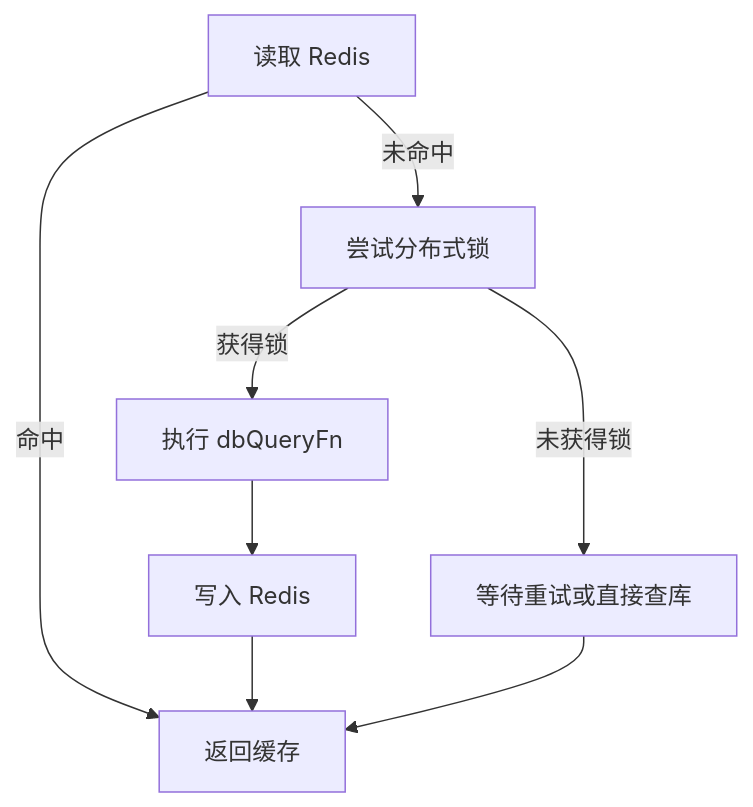
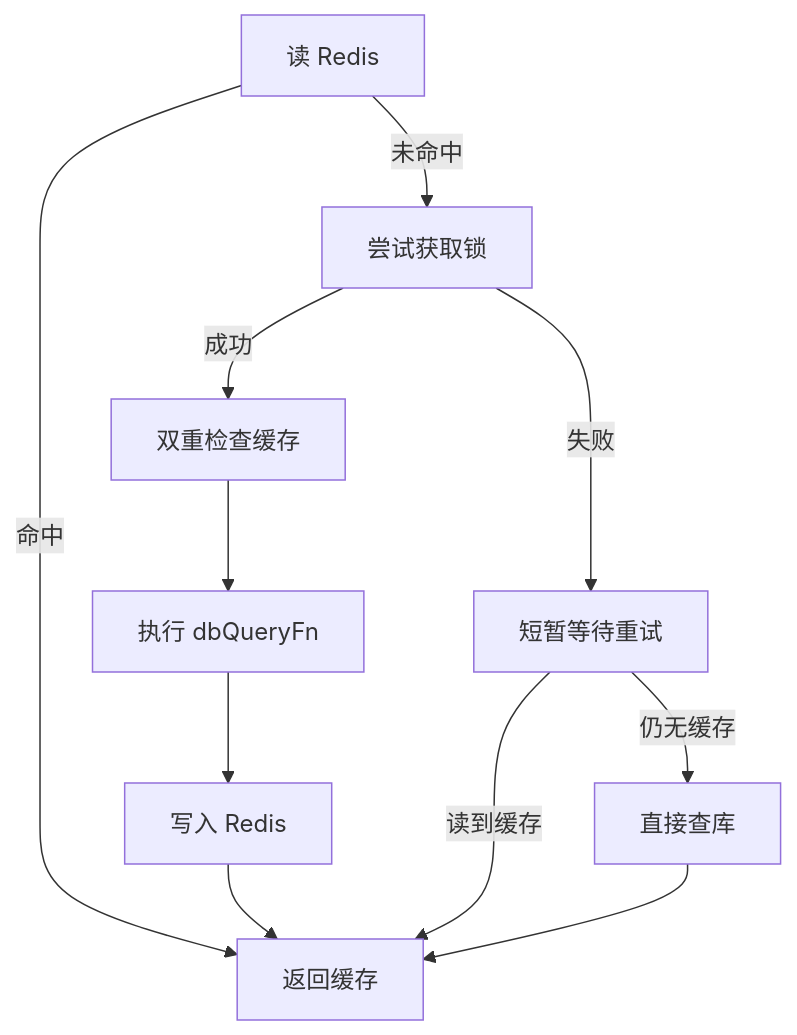
One commit to meishanlaoyao/elysia-admin changed the second of 2 diagrams in docs/guide/cache.md. Above: the diagram before and after it, drawn with Mermaid. The commit also changed other lines of this file and 38 other files, not shown here.

Commit message:
update: add module/page scaffolding (create:module/create:page with Drizzle Schema, --schema, --dry-run), script templates and tests; add AI_MODULE_SCAFFOLD.md; update AI workflow, Cursor Skill, IDE rules, and AI dev guide with scaffolding recommendations

````diff
--- a/docs/guide/cache.md
+++ b/docs/guide/cache.md
@@ -155,10 +65,13 @@
 ```mermaid
 flowchart TD
-    A[读取 Redis] -->|命中| Z[返回缓存]
-    A -->|未命中| B[尝试分布式锁]
-    B -->|获得锁| C[执行 dbQueryFn]
-    C --> D[写入 Redis]
-    D --> Z
-    B -->|未获得锁| E[等待重试或直接查库]
+    A[读 Redis] -->|命中| Z[返回缓存]
+    A -->|未命中| B[尝试获取锁]
+    B -->|成功| C[双重检查缓存]
+    C --> D[执行 dbQueryFn]
+    D --> E[写入 Redis]
     E --> Z
+    B -->|失败| F[短暂等待重试]
+    F -->|读到缓存| Z
+    F -->|仍无缓存| G[直接查库]
+    G --> Z
 ```
````
